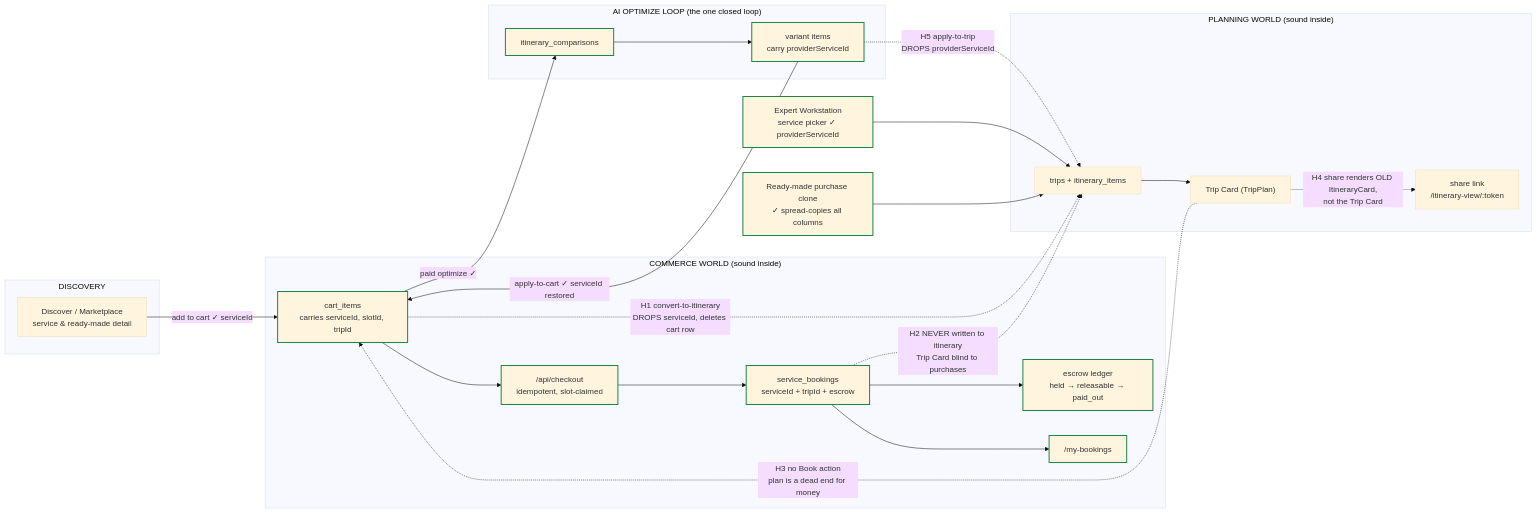
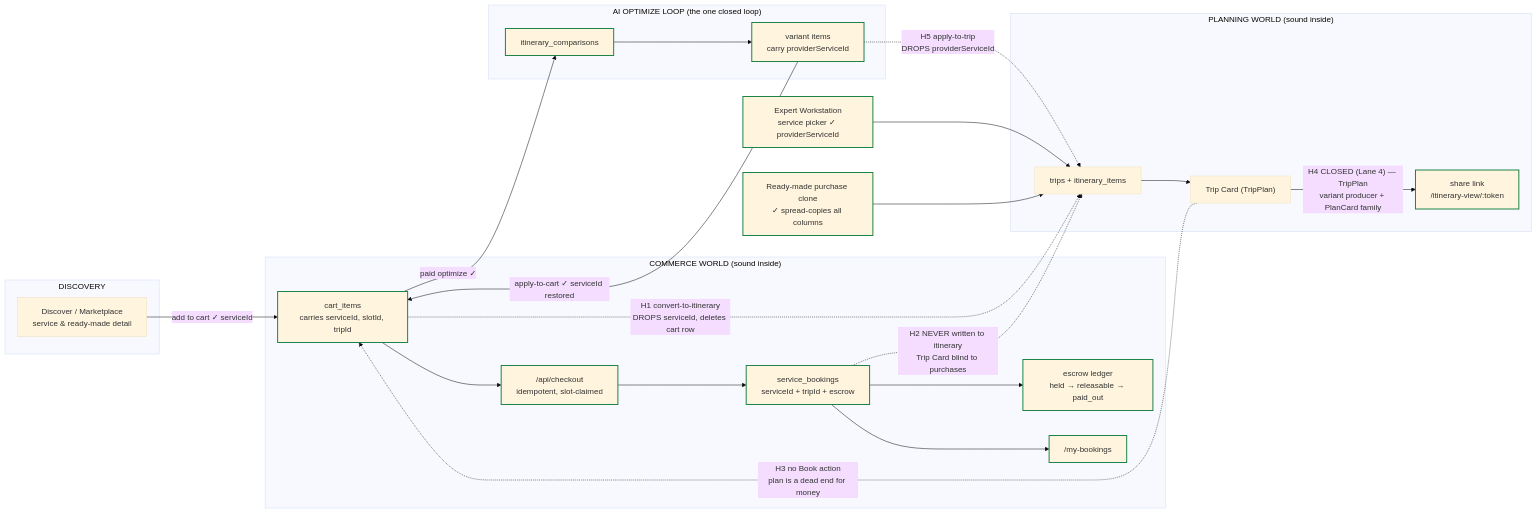
Before and after one commit to Nardo758/Traveloure-Real-: the first of 3 diagrams in docs/E2E_ITEM_LIFECYCLE.md, drawn with Mermaid (base theme). The commit also changed other lines of this file and 1 other file, not shown here.

First line of the commit message:
Lane 4 (H4): ground-truth the share surface — already a real TripPlan channel

````diff
--- a/docs/E2E_ITEM_LIFECYCLE.md
+++ b/docs/E2E_ITEM_LIFECYCLE.md
@@ -21,46 +21,46 @@
 ```mermaid
 flowchart LR
   subgraph DISCOVERY["DISCOVERY"]
     disc["Discover / Marketplace<br/>service & ready-made detail"]
   end
 
   subgraph COMMERCE["COMMERCE WORLD (sound inside)"]
     cart["cart_items<br/>carries serviceId, slotId, tripId"]
     checkout["/api/checkout<br/>idempotent, slot-claimed"]
     booking["service_bookings<br/>serviceId + tripId + escrow"]
     escrow["escrow ledger<br/>held → releasable → paid_out"]
     mybookings["/my-bookings"]
   end
 
   subgraph AI["AI OPTIMIZE LOOP (the one closed loop)"]
     compare["itinerary_comparisons"]
     variant["variant items<br/>carry providerServiceId"]
   end
 
   subgraph PLANNING["PLANNING WORLD (sound inside)"]
     trip["trips + itinerary_items"]
     plancard["Trip Card (TripPlan)"]
     share["share link<br/>/itinerary-view/:token"]
   end
 
   disc -->|"add to cart ✓ serviceId"| cart
   cart --> checkout --> booking --> escrow
   booking --> mybookings
   cart -->|"paid optimize ✓"| compare --> variant
   variant -->|"apply-to-cart ✓ serviceId restored"| cart
 
   cart -.->|"H1 convert-to-itinerary<br/>DROPS serviceId, deletes cart row"| trip
   variant -.->|"H5 apply-to-trip<br/>DROPS providerServiceId"| trip
   booking -.->|"H2 NEVER written to itinerary<br/>Trip Card blind to purchases"| trip
 
   trip --> plancard
   plancard -.->|"H3 no Book action<br/>plan is a dead end for money"| cart
-  plancard -.->|"H4 share renders OLD ItineraryCard,<br/>not the Trip Card"| share
+  plancard -->|"H4 CLOSED (Lane 4) — TripPlan<br/>variant producer + PlanCard family"| share
 
   expert["Expert Workstation<br/>service picker ✓ providerServiceId"] --> trip
   rmclone["Ready-made purchase clone<br/>✓ spread-copies all columns"] --> trip
 
   classDef broken stroke:#c0392b,stroke-width:2px,stroke-dasharray:5 4
   classDef ok stroke:#1e8449,stroke-width:2px
-  class cart,checkout,booking,escrow,mybookings,compare,variant,expert,rmclone ok
+  class cart,checkout,booking,escrow,mybookings,compare,variant,expert,rmclone,share ok
 ```
````
